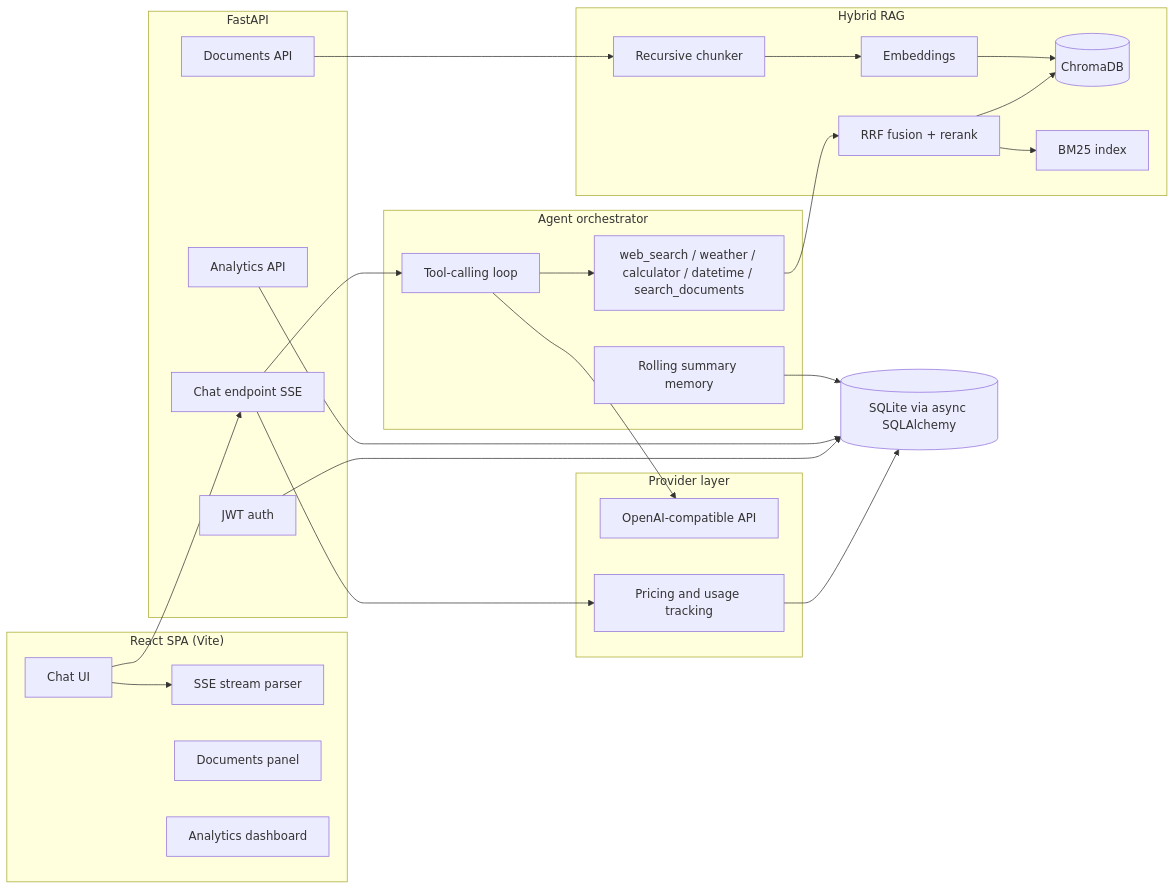
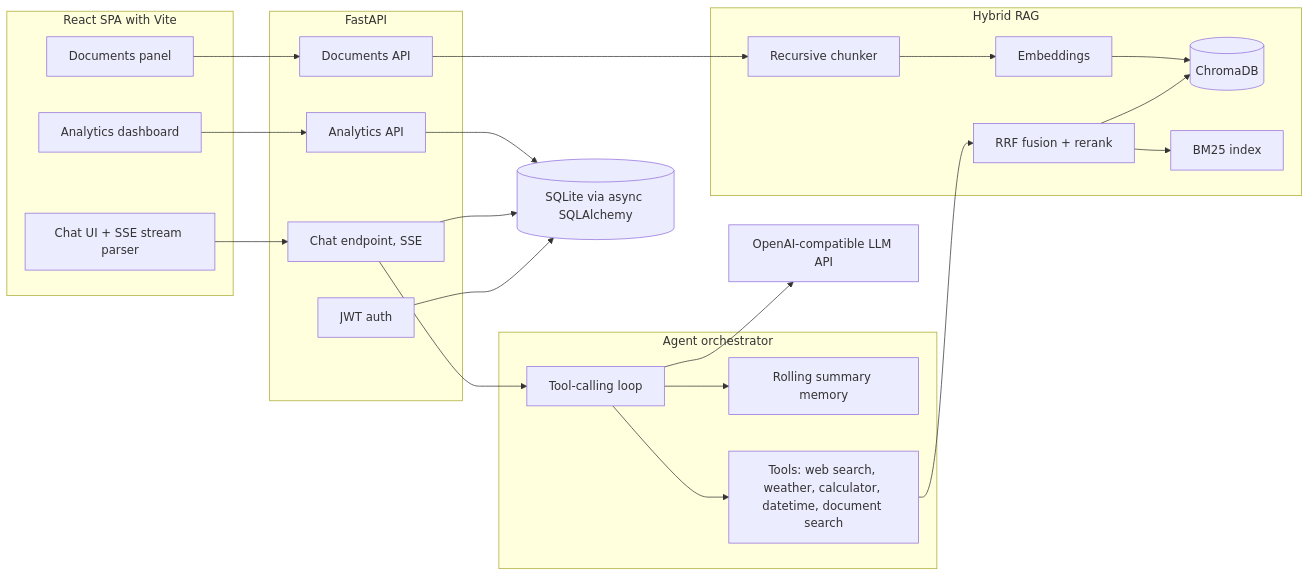
Before and after one commit to adwitiyashukla/synapse: the diagram in README.md, drawn with Mermaid.

Commit message:
fix: mermaid diagram syntax for GitHub rendering

````diff
--- a/README.md
+++ b/README.md
@@ -63,48 +63,49 @@
 ```mermaid
 flowchart LR
-    subgraph Client["React SPA (Vite)"]
-        UI[Chat UI] --> SSE[SSE stream parser]
-        DOCS[Documents panel]
-        DASH[Analytics dashboard]
+    subgraph CLIENT["React SPA with Vite"]
+        UI["Chat UI + SSE stream parser"]
+        DOCS["Documents panel"]
+        DASH["Analytics dashboard"]
     end
 
-    subgraph API["FastAPI"]
-        AUTH[JWT auth]
-        CHAT[Chat endpoint SSE]
-        DOCAPI[Documents API]
-        ANALYTICS[Analytics API]
+    subgraph SERVER["FastAPI"]
+        AUTH["JWT auth"]
+        CHAT["Chat endpoint, SSE"]
+        DOCAPI["Documents API"]
+        ANALYTICS["Analytics API"]
     end
 
-    subgraph Agent["Agent orchestrator"]
-        LOOP[Tool-calling loop]
-        MEM[Rolling summary memory]
-        TOOLS[web_search / weather / calculator / datetime / search_documents]
+    subgraph AGENT["Agent orchestrator"]
+        LOOP["Tool-calling loop"]
+        MEM["Rolling summary memory"]
+        TOOLS["Tools: web search, weather, calculator, datetime, document search"]
     end
 
     subgraph RAG["Hybrid RAG"]
-        SPLIT[Recursive chunker]
-        EMB[Embeddings]
-        CHROMA[(ChromaDB)]
-        BM25[BM25 index]
-        RRF[RRF fusion + rerank]
+        SPLIT["Recursive chunker"]
+        EMB["Embeddings"]
+        CHROMA[("ChromaDB")]
+        BM25["BM25 index"]
+        RRF["RRF fusion + rerank"]
     end
 
-    subgraph LLM["Provider layer"]
-        OPENAI[OpenAI-compatible API]
-        PRICE[Pricing and usage tracking]
-    end
+    LLM["OpenAI-compatible LLM API"]
+    DB[("SQLite via async SQLAlchemy")]
 
-    SQLITE[(SQLite via async SQLAlchemy)]
-
-    UI --> CHAT --> LOOP
+    UI --> CHAT
+    DOCS --> DOCAPI
+    DASH --> ANALYTICS
+    CHAT --> LOOP
     LOOP --> TOOLS
+    LOOP --> MEM
+    LOOP --> LLM
     TOOLS --> RRF
     RRF --> CHROMA
     RRF --> BM25
-    DOCAPI --> SPLIT --> EMB --> CHROMA
-    LOOP --> OPENAI
-    CHAT --> PRICE --> SQLITE
-    AUTH --> SQLITE
-    ANALYTICS --> SQLITE
-    MEM --> SQLITE
+    DOCAPI --> SPLIT
+    SPLIT --> EMB
+    EMB --> CHROMA
+    AUTH --> DB
+    CHAT --> DB
+    ANALYTICS --> DB
 ```
````
